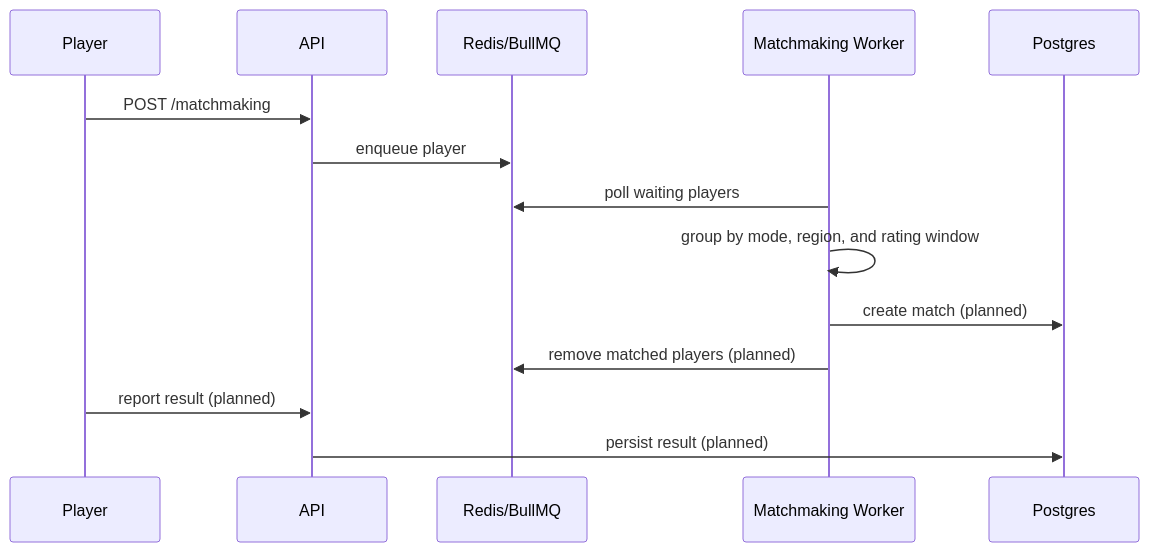
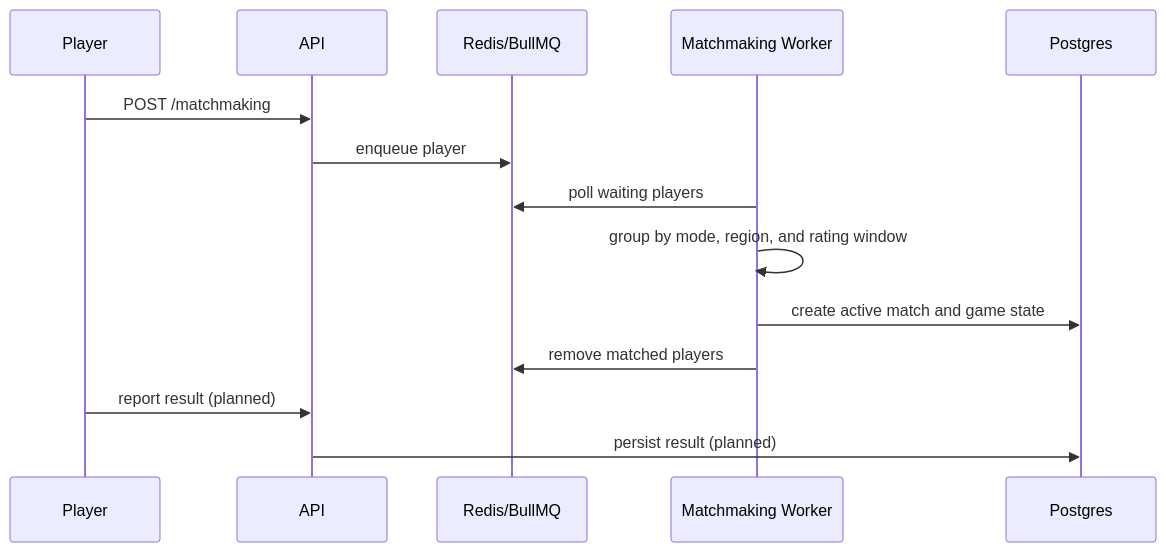
The second of 2 diagrams in docs/architecture.md (keezeden/qtime), drawn with Mermaid before and after one commit. The commit also changed other lines of this file and 11 other files, not shown here.

Commit message:
feat(matchmaking): persist matched game state

````diff
--- a/docs/architecture.md
+++ b/docs/architecture.md
@@ -98,17 +99,17 @@
 ```mermaid
 sequenceDiagram
   participant Player
   participant API
   participant Redis as Redis/BullMQ
   participant Worker as Matchmaking Worker
   participant DB as Postgres
 
   Player->>API: POST /matchmaking
   API->>Redis: enqueue player
   Worker->>Redis: poll waiting players
   Worker->>Worker: group by mode, region, and rating window
-  Worker->>DB: create match (planned)
-  Worker->>Redis: remove matched players (planned)
+  Worker->>DB: create active match and game state
+  Worker->>Redis: remove matched players
   Player->>API: report result (planned)
   API->>DB: persist result (planned)
 ```
````
